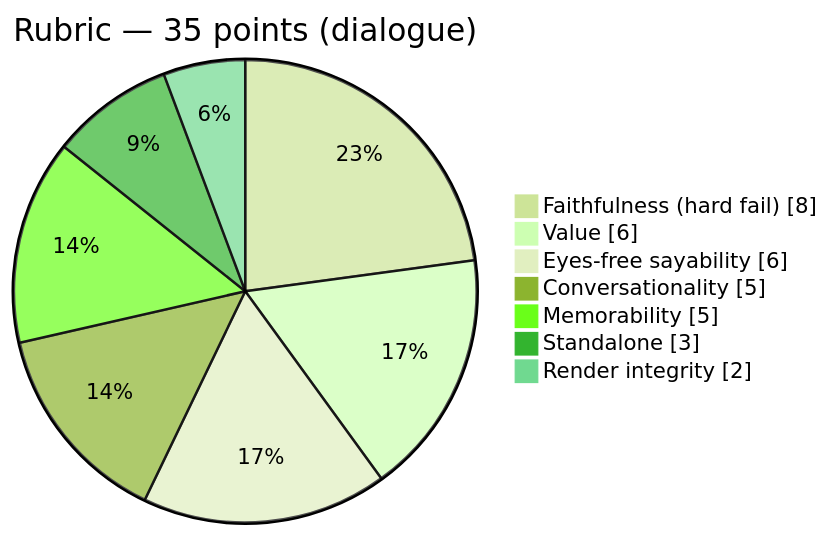
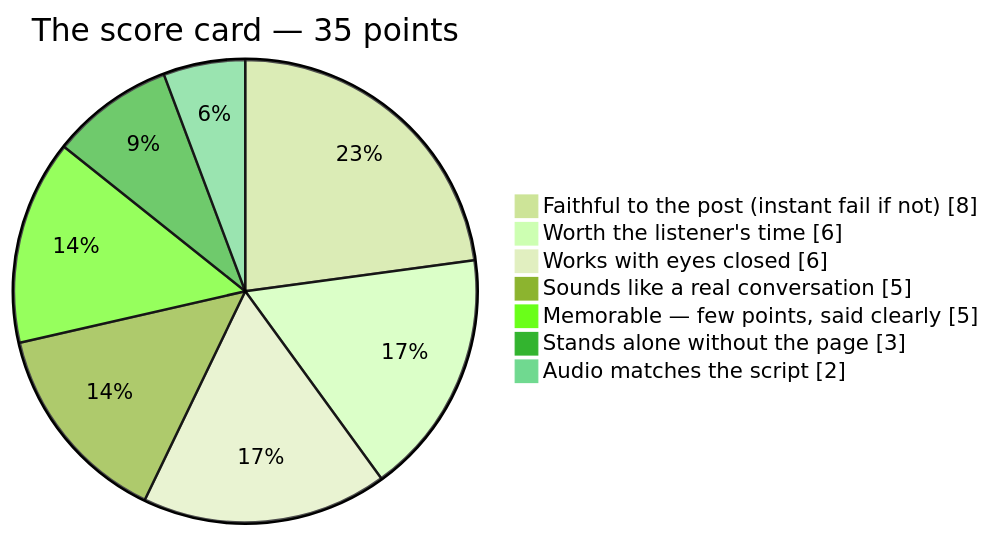
Before and after one commit to Matcry12/shipwithai-podcast-plugin: the ninth of 12 diagrams in docs/00-overview.md, drawn with Mermaid (forest theme). The commit also changed other lines of this file, not shown here.

````diff
--- a/docs/00-overview.md
+++ b/docs/00-overview.md
@@ -284,10 +267,10 @@
 ```mermaid
-pie showData title Rubric — 35 points (dialogue)
-    "Faithfulness (hard fail)" : 8
-    "Value" : 6
-    "Eyes-free sayability" : 6
-    "Conversationality" : 5
-    "Memorability" : 5
-    "Standalone" : 3
-    "Render integrity" : 2
+pie showData title The score card — 35 points
+    "Faithful to the post (instant fail if not)" : 8
+    "Worth the listener's time" : 6
+    "Works with eyes closed" : 6
+    "Sounds like a real conversation" : 5
+    "Memorable — few points, said clearly" : 5
+    "Stands alone without the page" : 3
+    "Audio matches the script" : 2
 ```
````
